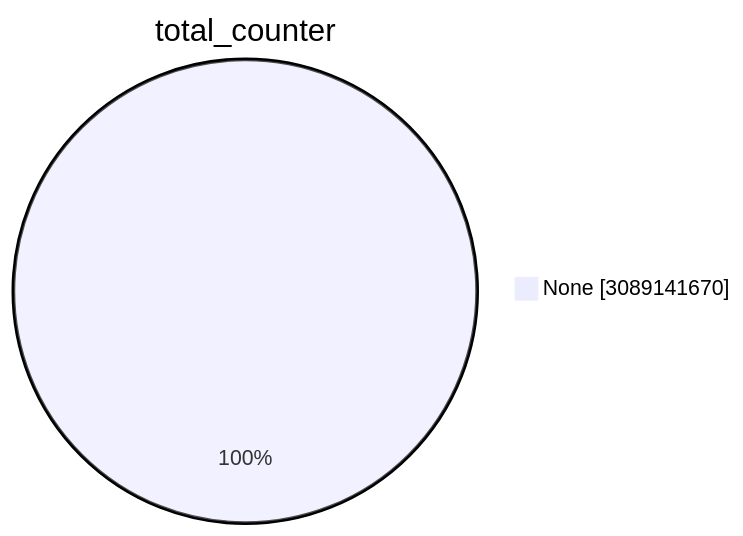
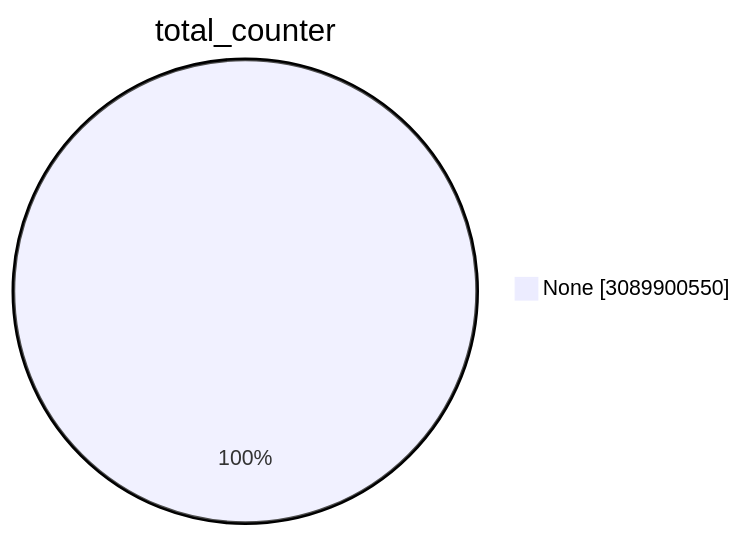
The first of 15 diagrams in TOTAL/README.md (christiankrug/ctmonitor_visualization), drawn with Mermaid before and after one commit. The commit also changed other lines of this file, not shown here.

````diff
--- a/TOTAL/README.md
+++ b/TOTAL/README.md
@@ -1,5 +1,5 @@
 ```mermaid
 pie showData
 title total_counter
-"None" :3089141670
+"None" :3089900550
 ```
````
